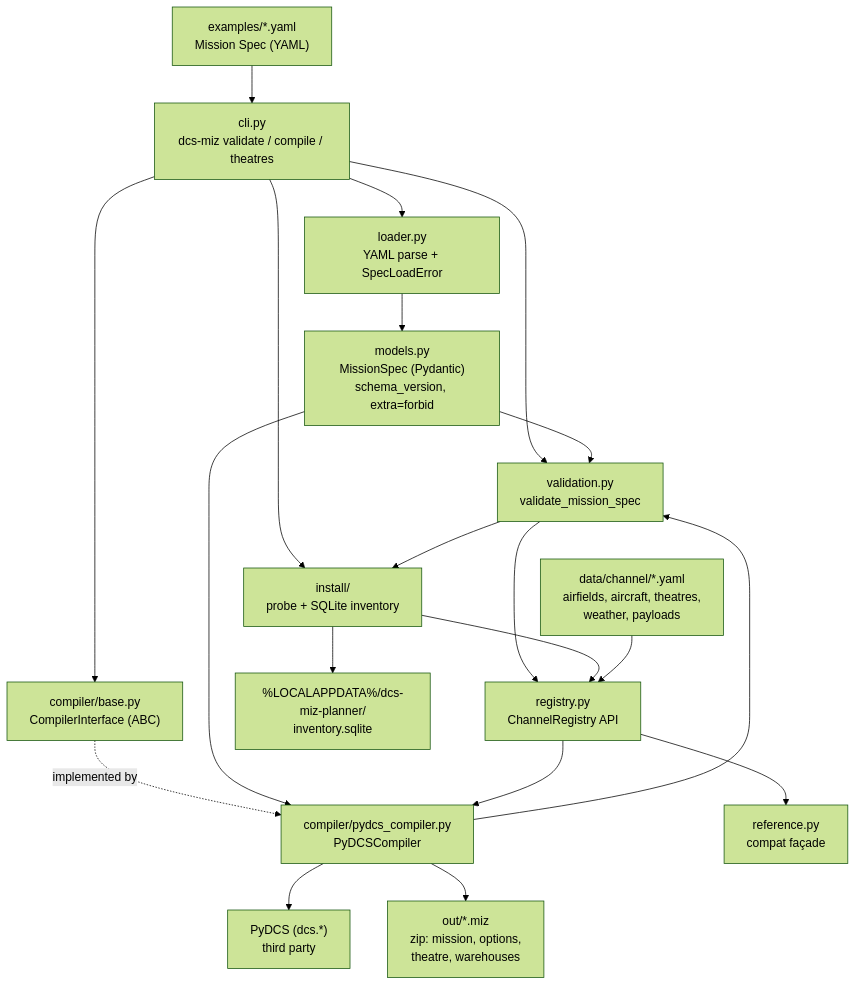
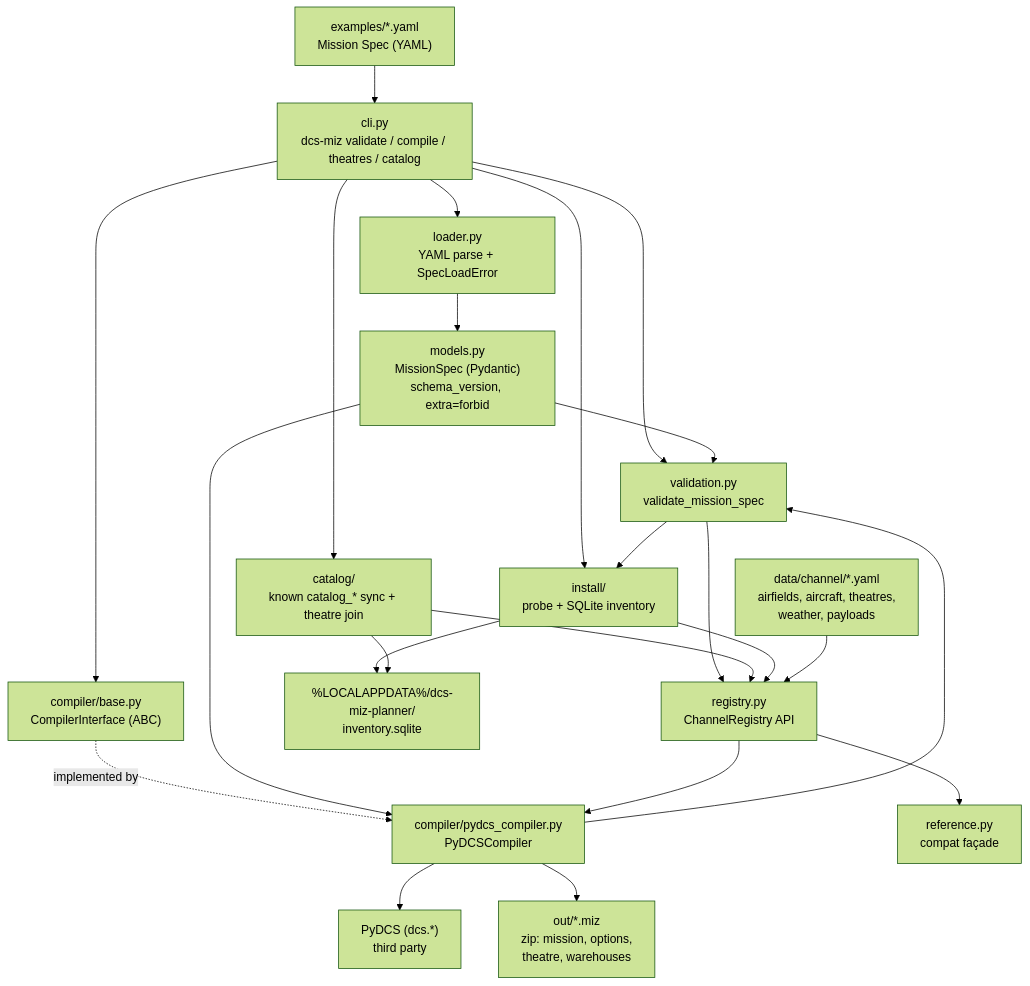
One commit to amalaguti/dcs-miz-planner-agentic changed the diagram in docs/ARCHITECTURE.md. Above: the diagram before and after it, drawn with Mermaid (forest theme). The commit also changed other lines of this file and 16 other files, not shown here.

````diff
--- a/docs/ARCHITECTURE.md
+++ b/docs/ARCHITECTURE.md
@@ -12,35 +12,39 @@
 ```mermaid
 flowchart TD
     yaml["examples/*.yaml<br/>Mission Spec (YAML)"]
-    cli["cli.py<br/>dcs-miz validate / compile / theatres"]
+    cli["cli.py<br/>dcs-miz validate / compile / theatres / catalog"]
     loader["loader.py<br/>YAML parse + SpecLoadError"]
     models["models.py<br/>MissionSpec (Pydantic)<br/>schema_version, extra=forbid"]
     validation["validation.py<br/>validate_mission_spec"]
     base["compiler/base.py<br/>CompilerInterface (ABC)"]
     pydcs["compiler/pydcs_compiler.py<br/>PyDCSCompiler"]
     registry["registry.py<br/>ChannelRegistry API"]
     data["data/channel/*.yaml<br/>airfields, aircraft, theatres,<br/>weather, payloads"]
+    catalog["catalog/<br/>known catalog_* sync + theatre join"]
     install["install/<br/>probe + SQLite inventory"]
     invdb["%LOCALAPPDATA%/dcs-miz-planner/<br/>inventory.sqlite"]
     ref["reference.py<br/>compat façade"]
     lib["PyDCS (dcs.*)<br/>third party"]
     miz["out/*.miz<br/>zip: mission, options,<br/>theatre, warehouses"]
 
     yaml --> cli --> loader --> models
     cli --> validation
     cli --> base
     cli --> install
+    cli --> catalog
     models --> validation
     validation --> registry
     validation --> install
     install --> invdb
+    catalog --> invdb
+    catalog --> registry
     install --> registry
     base -.implemented by.-> pydcs
     models --> pydcs
     pydcs --> validation
     data --> registry
     registry --> pydcs
     registry --> ref
     pydcs --> lib
     pydcs --> miz
 ```
````
